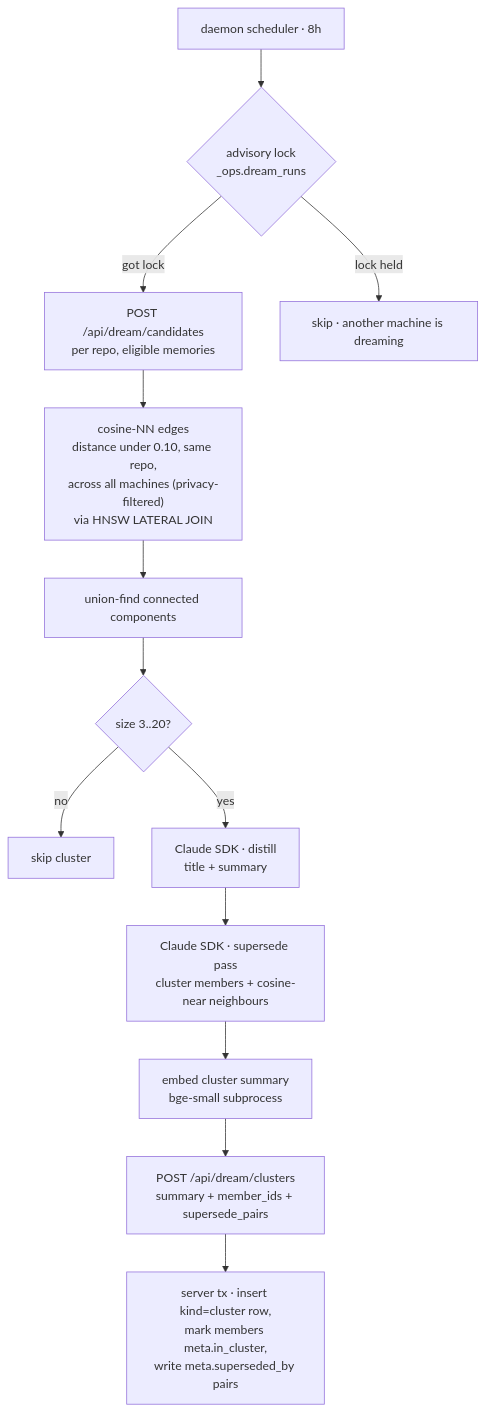
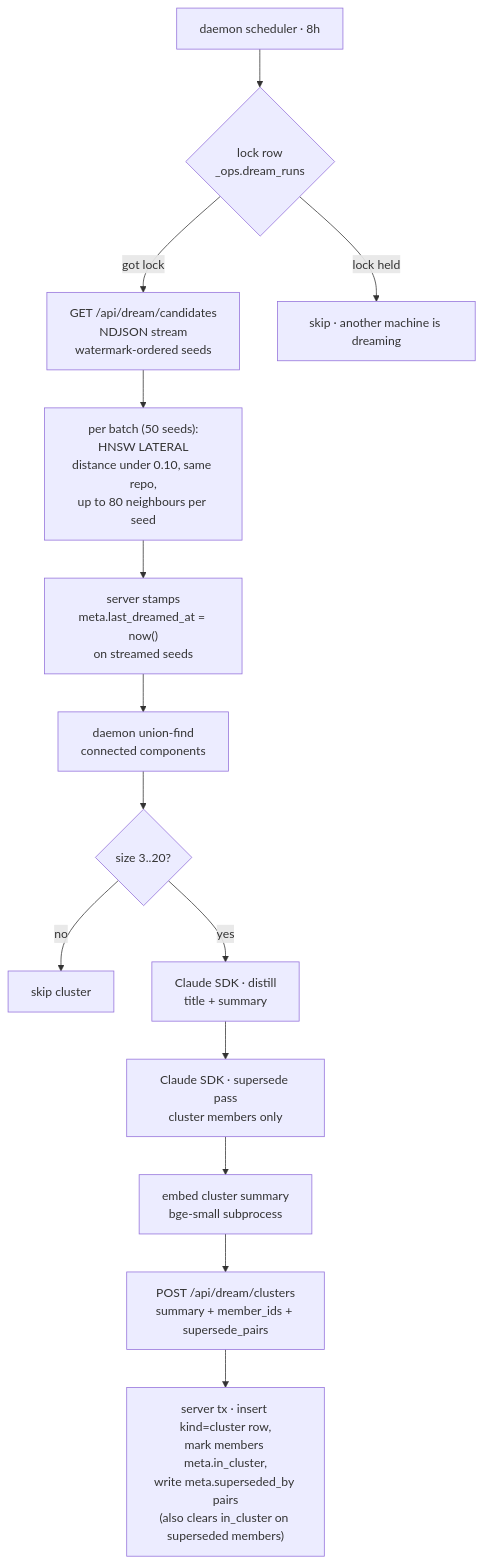
One commit to j10ra/mneme changed the diagram in docs/workers/dream.md. Above: the diagram before and after it, drawn with Mermaid. The commit also changed other lines of this file and 12 other files, not shown here.

````diff
--- a/docs/workers/dream.md
+++ b/docs/workers/dream.md
@@ -25,15 +26,16 @@
 ```mermaid
 flowchart TD
-    A["daemon scheduler · 8h"] --> B{"advisory lock<br/>_ops.dream_runs"}
-    B -- "got lock" --> C["POST /api/dream/candidates<br/>per repo, eligible memories"]
+    A["daemon scheduler · 8h"] --> B{"lock row<br/>_ops.dream_runs"}
+    B -- "got lock" --> C["GET /api/dream/candidates<br/>NDJSON stream<br/>watermark-ordered seeds"]
     B -- "lock held" --> Z["skip · another machine is dreaming"]
-    C --> D["cosine-NN edges<br/>distance under 0.10, same repo,<br/>across all machines (privacy-filtered)<br/>via HNSW LATERAL JOIN"]
-    D --> E["union-find connected components"]
-    E --> F{"size 3..20?"}
-    F -- "no" --> G["skip cluster"]
-    F -- "yes" --> H["Claude SDK · distill<br/>title + summary"]
-    H --> L["Claude SDK · supersede pass<br/>cluster members + cosine-near neighbours"]
-    L --> P["embed cluster summary<br/>bge-small subprocess"]
-    P --> I["POST /api/dream/clusters<br/>summary + member_ids + supersede_pairs"]
-    I --> M["server tx · insert kind=cluster row,<br/>mark members meta.in_cluster,<br/>write meta.superseded_by pairs"]
+    C --> D["per batch (50 seeds):<br/>HNSW LATERAL<br/>distance under 0.10, same repo,<br/>up to 80 neighbours per seed"]
+    D --> E["server stamps<br/>meta.last_dreamed_at = now()<br/>on streamed seeds"]
+    E --> F["daemon union-find<br/>connected components"]
+    F --> G{"size 3..20?"}
+    G -- "no" --> H["skip cluster"]
+    G -- "yes" --> I["Claude SDK · distill<br/>title + summary"]
+    I --> J["Claude SDK · supersede pass<br/>cluster members only"]
+    J --> K["embed cluster summary<br/>bge-small subprocess"]
+    K --> L["POST /api/dream/clusters<br/>summary + member_ids + supersede_pairs"]
+    L --> M["server tx · insert kind=cluster row,<br/>mark members meta.in_cluster,<br/>write meta.superseded_by pairs<br/>(also clears in_cluster on superseded members)"]
 ```
````
